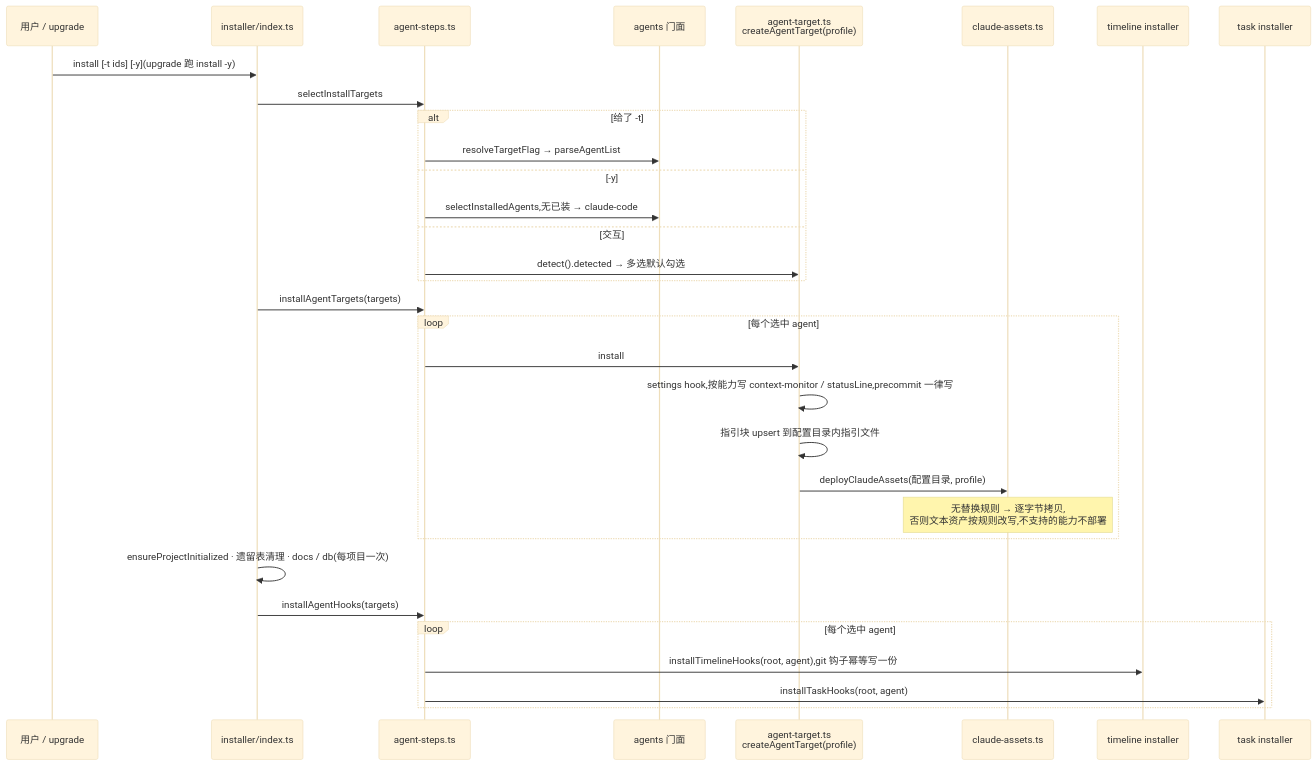
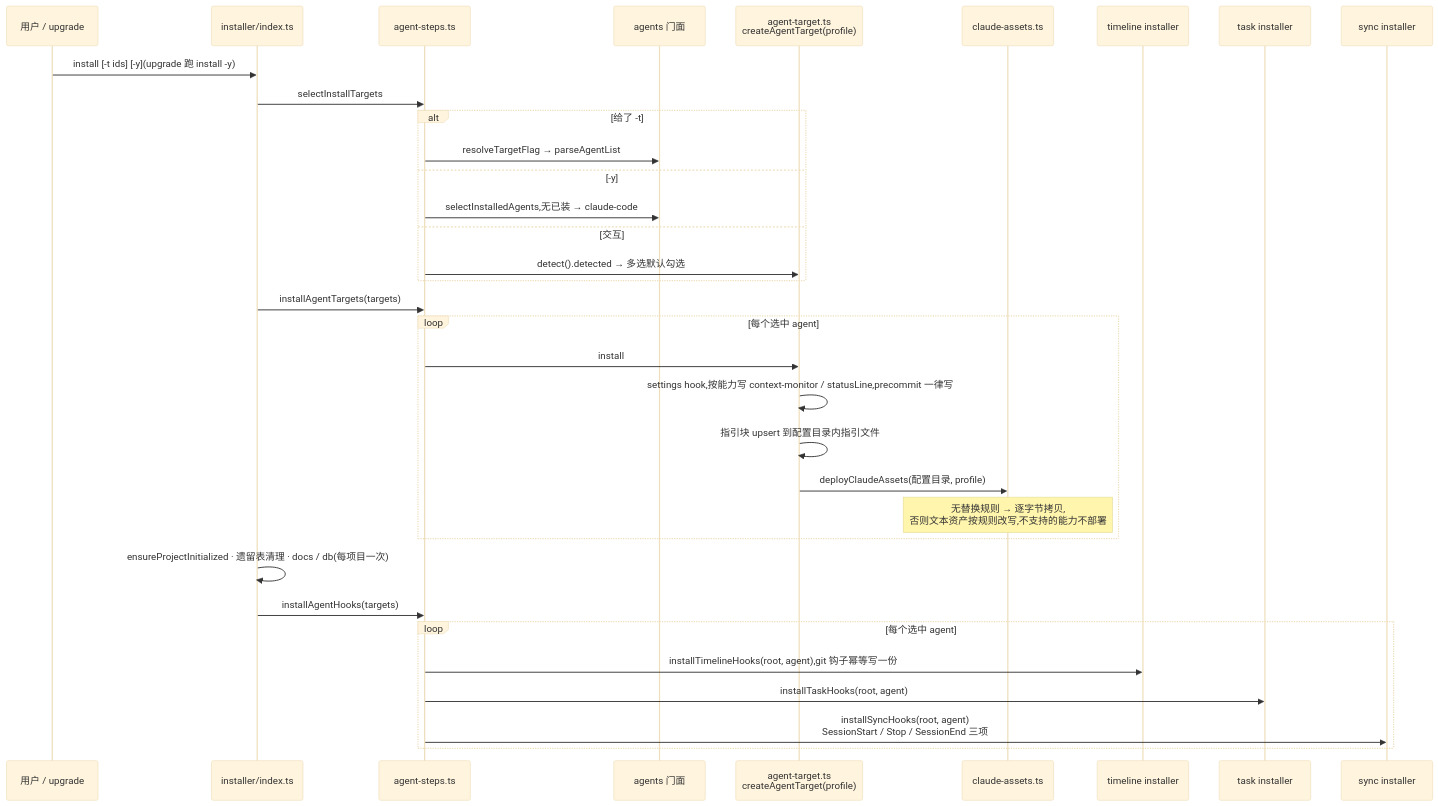
Before and after one commit to smdnkB/cgraphx: the first of 3 diagrams in docs/code-map/flows/多agent安装.md, drawn with Mermaid (base theme). The commit also changed other lines of this file and 5 other files, not shown here.

First line of the commit message:
docs: 代码地图新建平台上报 + 刷新 5 张受影响视图

````diff
--- a/docs/code-map/flows/多agent安装.md
+++ b/docs/code-map/flows/多agent安装.md
@@ -58,35 +59,37 @@
 ```mermaid
 sequenceDiagram
   participant U as 用户 / upgrade
   participant IX as installer/index.ts
   participant AS as agent-steps.ts
   participant AP as agents 门面
   participant TG as agent-target.ts<br/>createAgentTarget(profile)
   participant CA as claude-assets.ts
   participant TL as timeline installer
   participant TK as task installer
+  participant SY as sync installer
 
   U->>IX: install [-t ids] [-y](upgrade 跑 install -y)
   IX->>AS: selectInstallTargets
   alt 给了 -t
     AS->>AP: resolveTargetFlag → parseAgentList
   else -y
     AS->>AP: selectInstalledAgents,无已装 → claude-code
   else 交互
     AS->>TG: detect().detected → 多选默认勾选
   end
   IX->>AS: installAgentTargets(targets)
   loop 每个选中 agent
     AS->>TG: install
     TG->>TG: settings hook,按能力写 context-monitor / statusLine,precommit 一律写
     TG->>TG: 指引块 upsert 到配置目录内指引文件
     TG->>CA: deployClaudeAssets(配置目录, profile)
     Note over CA: 无替换规则 → 逐字节拷贝,<br/>否则文本资产按规则改写,不支持的能力不部署
   end
   IX->>IX: ensureProjectInitialized · 遗留表清理 · docs / db(每项目一次)
   IX->>AS: installAgentHooks(targets)
   loop 每个选中 agent
     AS->>TL: installTimelineHooks(root, agent),git 钩子幂等写一份
     AS->>TK: installTaskHooks(root, agent)
+    AS->>SY: installSyncHooks(root, agent)<br/>SessionStart / Stop / SessionEnd 三项
   end
 ```
````
